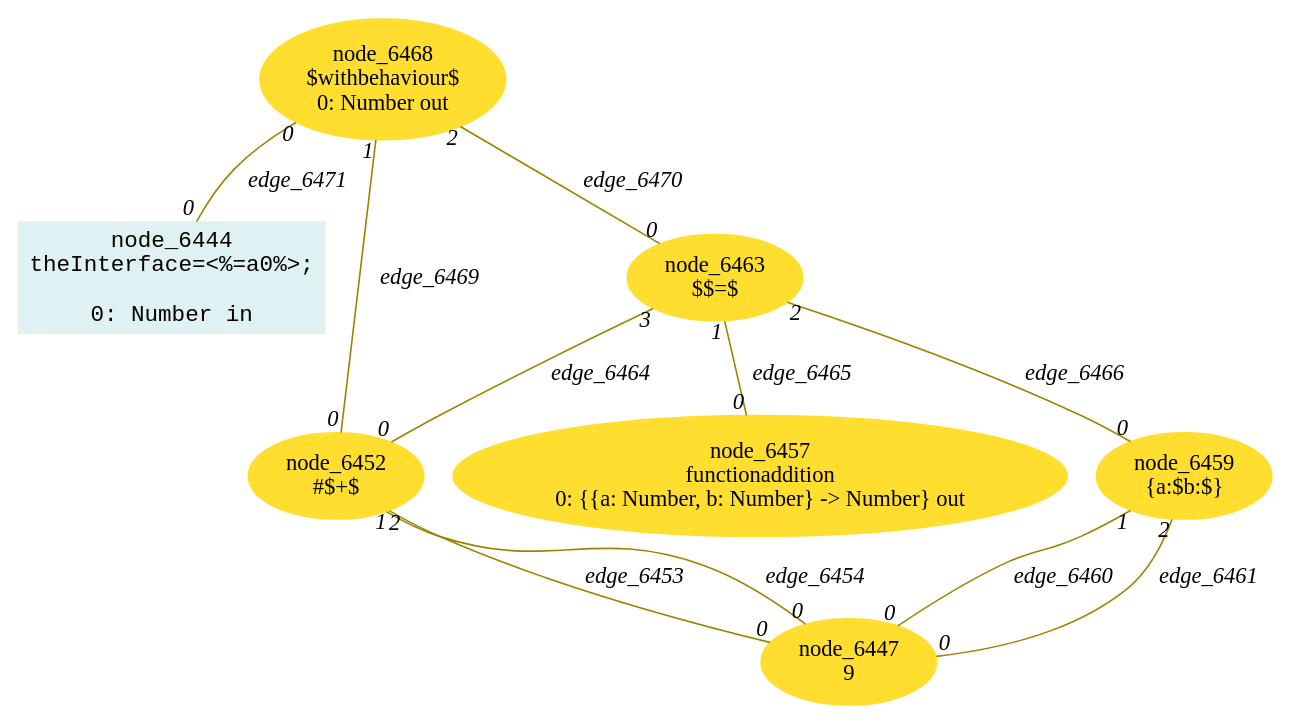
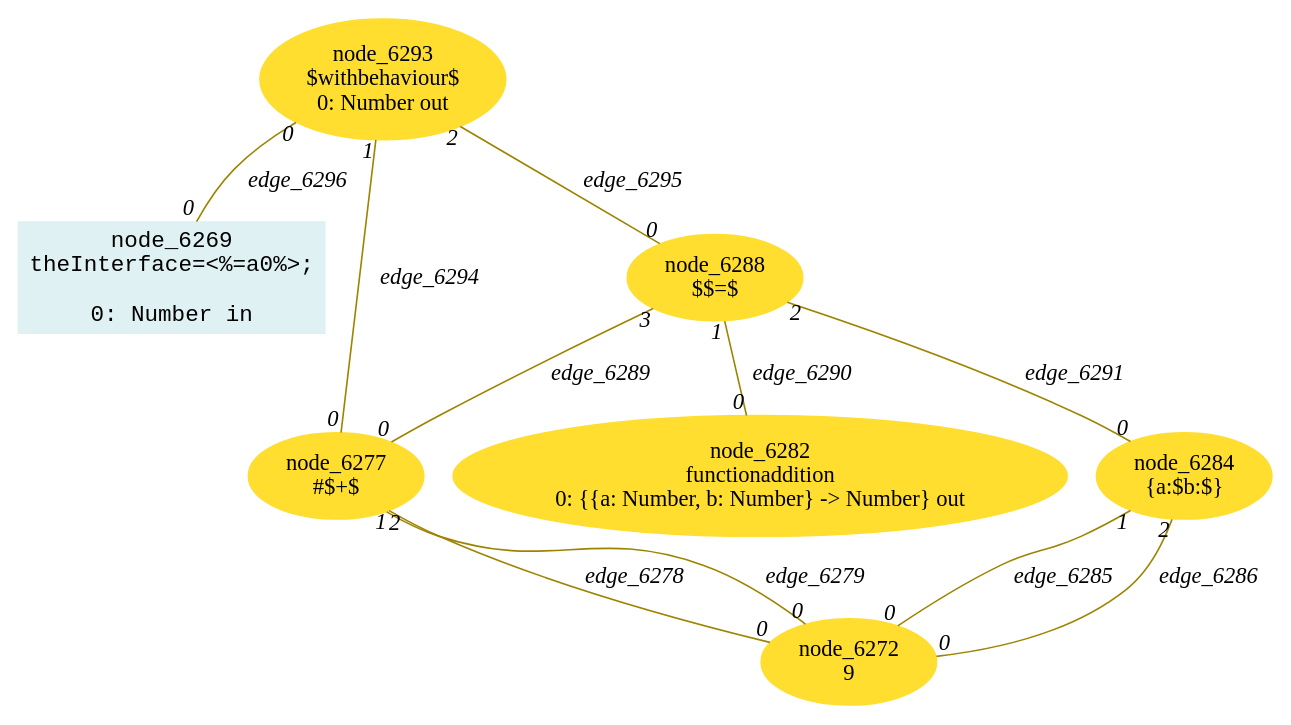
One commit to crubier/lidl changed the diagram in lidl-core/example/ok/literals/dot/13referentialTransparencyInstances1.dot. Above: the diagram before and after it, drawn with Graphviz. The commit also changed 1179 other files, not shown here.

```diff
--- a/lidl-core/example/ok/literals/dot/13referentialTransparencyInstances1.dot
+++ b/lidl-core/example/ok/literals/dot/13referentialTransparencyInstances1.dot
@@ -1,33 +1,33 @@
-digraph g{node_6444 [shape="box", style="filled", color="#dff1f2", fontname="Courier", label="node_6444
+digraph g{node_6269 [shape="box", style="filled", color="#dff1f2", fontname="Courier", label="node_6269
 theInterface=<%=a0%>;
 
 0: Number in" ]
-node_6447 [shape="ellipse", style="filled", color="#ffde2f", fontname="Times", label="node_6447
+node_6272 [shape="ellipse", style="filled", color="#ffde2f", fontname="Times", label="node_6272
 9
 " ]
-node_6452 [shape="ellipse", style="filled", color="#ffde2f", fontname="Times", label="node_6452
+node_6277 [shape="ellipse", style="filled", color="#ffde2f", fontname="Times", label="node_6277
 #$+$
 " ]
-node_6457 [shape="ellipse", style="filled", color="#ffde2f", fontname="Times", label="node_6457
+node_6282 [shape="ellipse", style="filled", color="#ffde2f", fontname="Times", label="node_6282
 functionaddition
 0: {{a: Number, b: Number} -> Number} out" ]
-node_6459 [shape="ellipse", style="filled", color="#ffde2f", fontname="Times", label="node_6459
+node_6284 [shape="ellipse", style="filled", color="#ffde2f", fontname="Times", label="node_6284
 {a:$b:$}
 " ]
-node_6463 [shape="ellipse", style="filled", color="#ffde2f", fontname="Times", label="node_6463
+node_6288 [shape="ellipse", style="filled", color="#ffde2f", fontname="Times", label="node_6288
 $$=$
 " ]
-node_6468 [shape="ellipse", style="filled", color="#ffde2f", fontname="Times", label="node_6468
+node_6293 [shape="ellipse", style="filled", color="#ffde2f", fontname="Times", label="node_6293
 $withbehaviour$
 0: Number out" ]
-node_6452 -> node_6447 [dir=none, arrowHead=none, fontname="Times-Italic", arrowsize=1, color="#9d8400", label="edge_6453",  headlabel="0", taillabel="1" ]
-node_6452 -> node_6447 [dir=none, arrowHead=none, fontname="Times-Italic", arrowsize=1, color="#9d8400", label="edge_6454",  headlabel="0", taillabel="2" ]
-node_6459 -> node_6447 [dir=none, arrowHead=none, fontname="Times-Italic", arrowsize=1, color="#9d8400", label="edge_6460",  headlabel="0", taillabel="1" ]
-node_6459 -> node_6447 [dir=none, arrowHead=none, fontname="Times-Italic", arrowsize=1, color="#9d8400", label="edge_6461",  headlabel="0", taillabel="2" ]
-node_6463 -> node_6452 [dir=none, arrowHead=none, fontname="Times-Italic", arrowsize=1, color="#9d8400", label="edge_6464",  headlabel="0", taillabel="3" ]
-node_6463 -> node_6457 [dir=none, arrowHead=none, fontname="Times-Italic", arrowsize=1, color="#9d8400", label="edge_6465",  headlabel="0", taillabel="1" ]
-node_6463 -> node_6459 [dir=none, arrowHead=none, fontname="Times-Italic", arrowsize=1, color="#9d8400", label="edge_6466",  headlabel="0", taillabel="2" ]
-node_6468 -> node_6452 [dir=none, arrowHead=none, fontname="Times-Italic", arrowsize=1, color="#9d8400", label="edge_6469",  headlabel="0", taillabel="1" ]
-node_6468 -> node_6463 [dir=none, arrowHead=none, fontname="Times-Italic", arrowsize=1, color="#9d8400", label="edge_6470",  headlabel="0", taillabel="2" ]
-node_6468 -> node_6444 [dir=none, arrowHead=none, fontname="Times-Italic", arrowsize=1, color="#9d8400", label="edge_6471",  headlabel="0", taillabel="0" ]
+node_6277 -> node_6272 [dir=none, arrowHead=none, fontname="Times-Italic", arrowsize=1, color="#9d8400", label="edge_6278",  headlabel="0", taillabel="1" ]
+node_6277 -> node_6272 [dir=none, arrowHead=none, fontname="Times-Italic", arrowsize=1, color="#9d8400", label="edge_6279",  headlabel="0", taillabel="2" ]
+node_6284 -> node_6272 [dir=none, arrowHead=none, fontname="Times-Italic", arrowsize=1, color="#9d8400", label="edge_6285",  headlabel="0", taillabel="1" ]
+node_6284 -> node_6272 [dir=none, arrowHead=none, fontname="Times-Italic", arrowsize=1, color="#9d8400", label="edge_6286",  headlabel="0", taillabel="2" ]
+node_6288 -> node_6277 [dir=none, arrowHead=none, fontname="Times-Italic", arrowsize=1, color="#9d8400", label="edge_6289",  headlabel="0", taillabel="3" ]
+node_6288 -> node_6282 [dir=none, arrowHead=none, fontname="Times-Italic", arrowsize=1, color="#9d8400", label="edge_6290",  headlabel="0", taillabel="1" ]
+node_6288 -> node_6284 [dir=none, arrowHead=none, fontname="Times-Italic", arrowsize=1, color="#9d8400", label="edge_6291",  headlabel="0", taillabel="2" ]
+node_6293 -> node_6277 [dir=none, arrowHead=none, fontname="Times-Italic", arrowsize=1, color="#9d8400", label="edge_6294",  headlabel="0", taillabel="1" ]
+node_6293 -> node_6288 [dir=none, arrowHead=none, fontname="Times-Italic", arrowsize=1, color="#9d8400", label="edge_6295",  headlabel="0", taillabel="2" ]
+node_6293 -> node_6269 [dir=none, arrowHead=none, fontname="Times-Italic", arrowsize=1, color="#9d8400", label="edge_6296",  headlabel="0", taillabel="0" ]
 }
```
